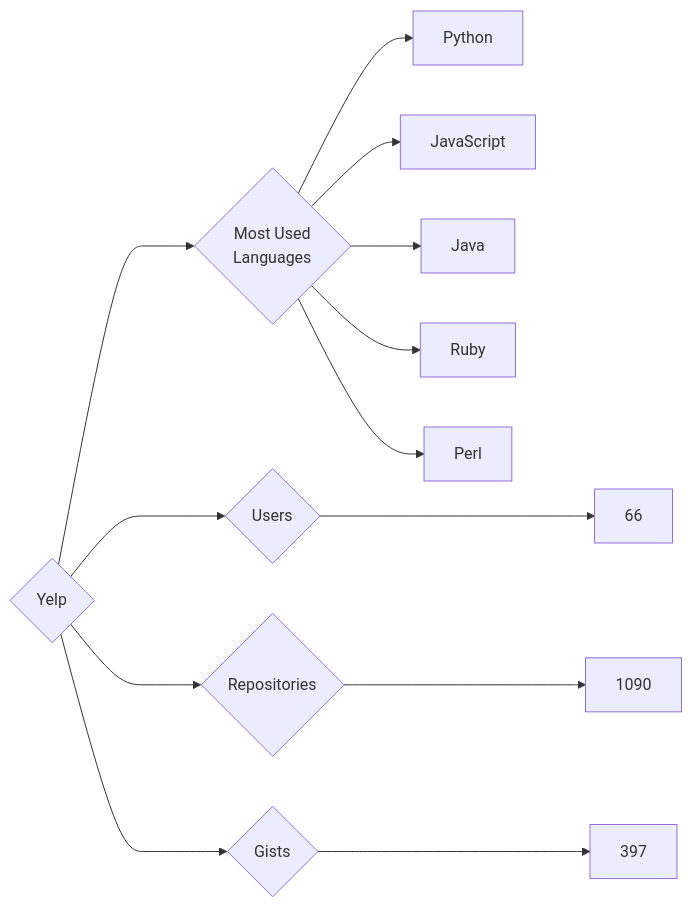
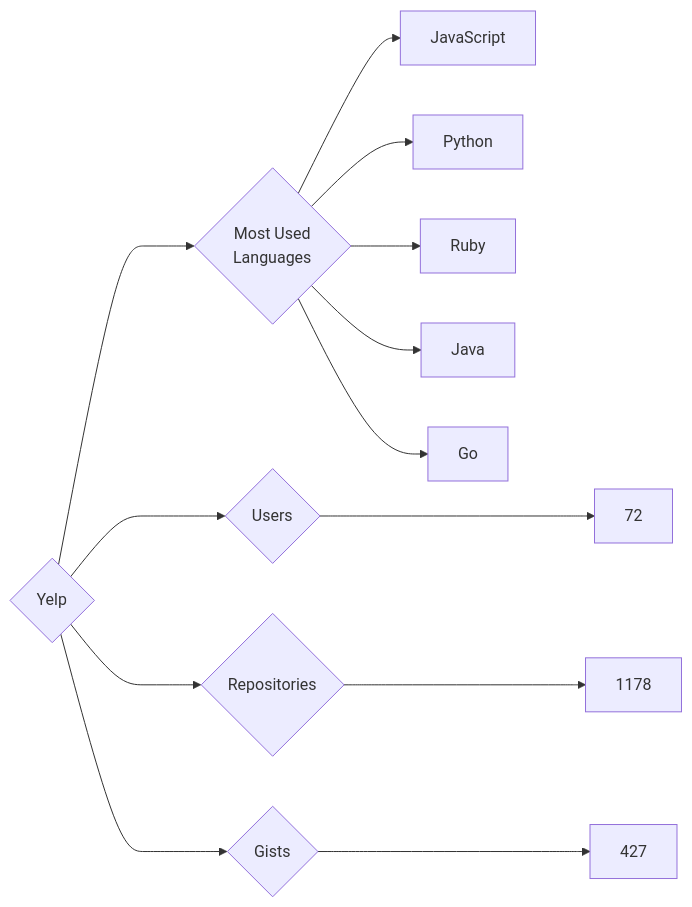
One commit to trickest/insiders changed the diagram in targets/Yelp/README.md. Above: the diagram before and after it, drawn with Mermaid. The commit also changed 1011 other files, not shown here.

````diff
--- a/targets/Yelp/README.md
+++ b/targets/Yelp/README.md
@@ -3,13 +3,13 @@
 ```mermaid
 graph LR
 COMPANY_NAME{Yelp}
-COMPANY_NAME ---> U{Users} ---> UN[66]
-COMPANY_NAME ---> R{Repositories} ---> RN[1090]
-COMPANY_NAME ---> G{Gists} ---> GN[397]
+COMPANY_NAME ---> U{Users} ---> UN[72]
+COMPANY_NAME ---> R{Repositories} ---> RN[1178]
+COMPANY_NAME ---> G{Gists} ---> GN[427]
 COMPANY_NAME ---> ML{Most Used<br>Languages}
+ML --> JavaScript[JavaScript]
 ML --> Python[Python]
-ML --> JavaScript[JavaScript]
+ML --> Ruby[Ruby]
 ML --> Java[Java]
-ML --> Ruby[Ruby]
-ML --> Perl[Perl]
+ML --> Go[Go]
 ```
````
